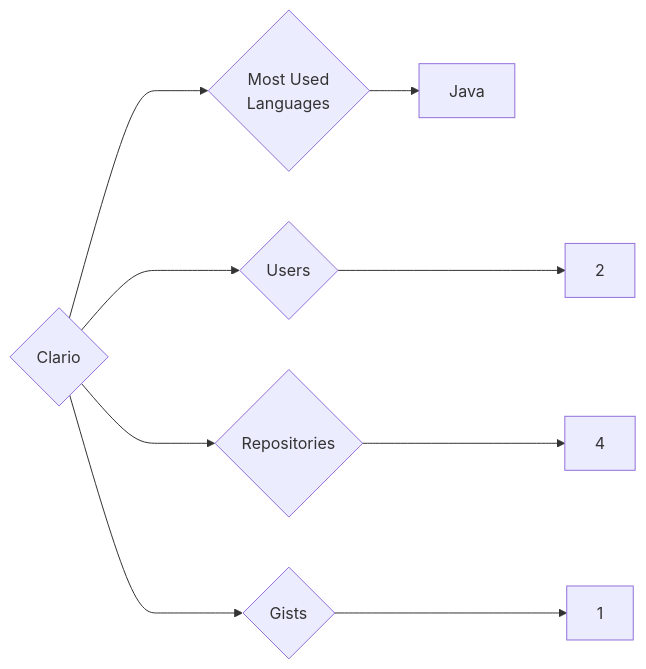
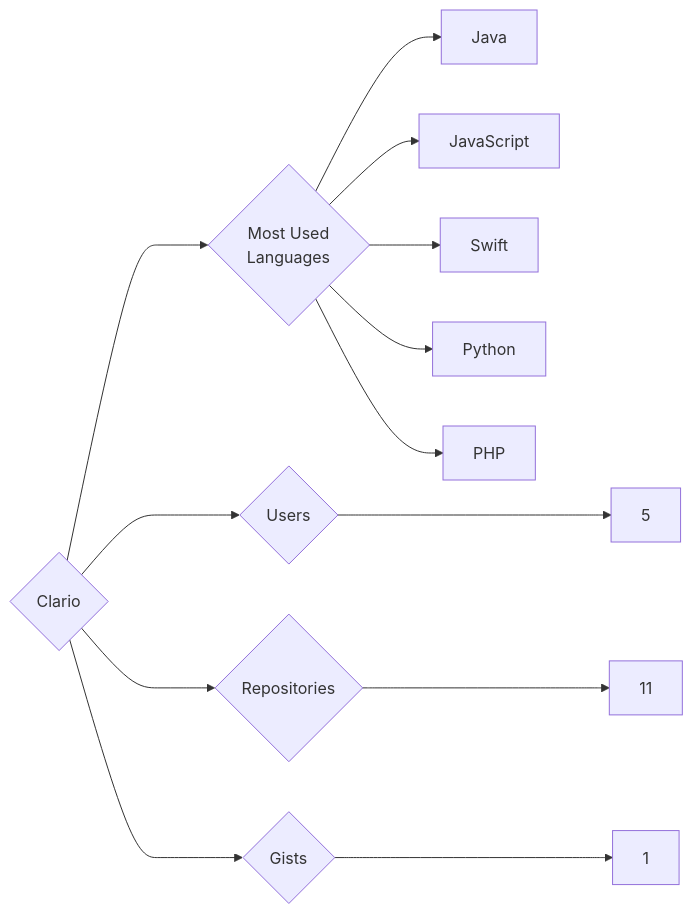
Before and after one commit to trickest/insiders: the diagram in targets/Clario/README.md, drawn with Mermaid. The commit also changed 1175 other files, not shown here.

````diff
--- a/targets/Clario/README.md
+++ b/targets/Clario/README.md
@@ -3,9 +3,13 @@
 ```mermaid
 graph LR
 COMPANY_NAME{Clario}
-COMPANY_NAME ---> U{Users} ---> UN[2]
-COMPANY_NAME ---> R{Repositories} ---> RN[4]
+COMPANY_NAME ---> U{Users} ---> UN[5]
+COMPANY_NAME ---> R{Repositories} ---> RN[11]
 COMPANY_NAME ---> G{Gists} ---> GN[1]
 COMPANY_NAME ---> ML{Most Used<br>Languages}
 ML --> Java[Java]
+ML --> JavaScript[JavaScript]
+ML --> Swift[Swift]
+ML --> Python[Python]
+ML --> PHP[PHP]
 ```
````
